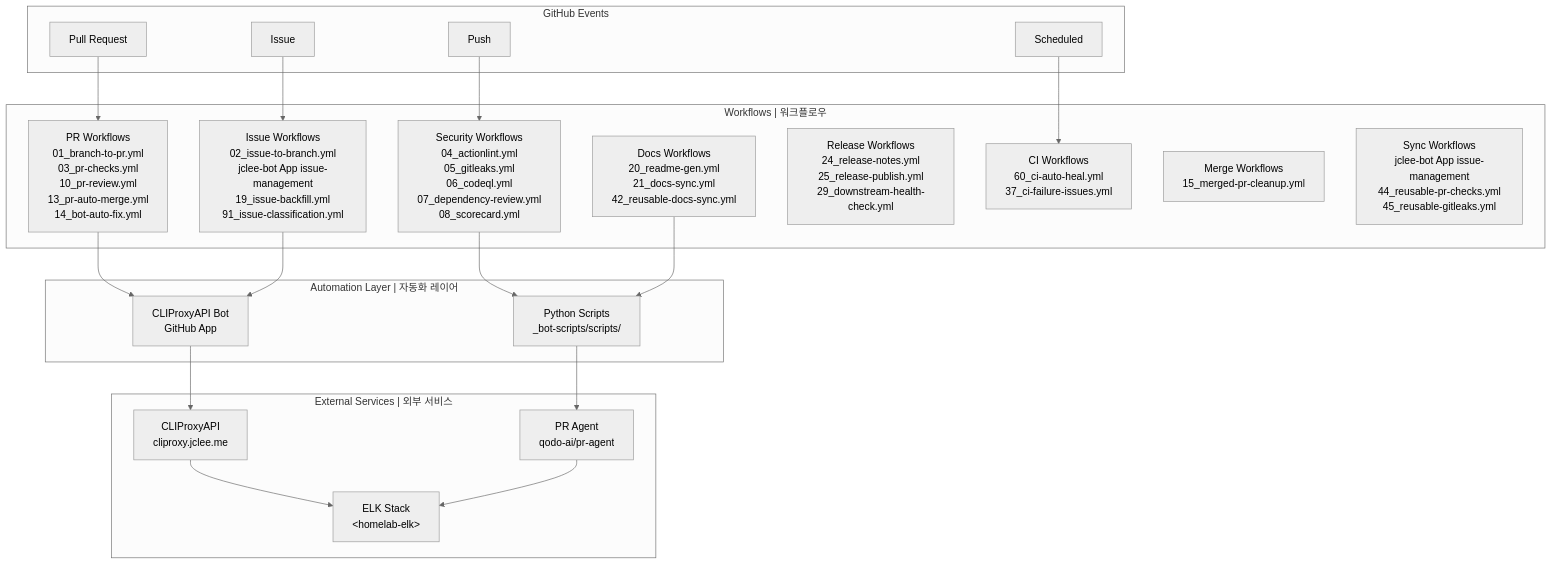
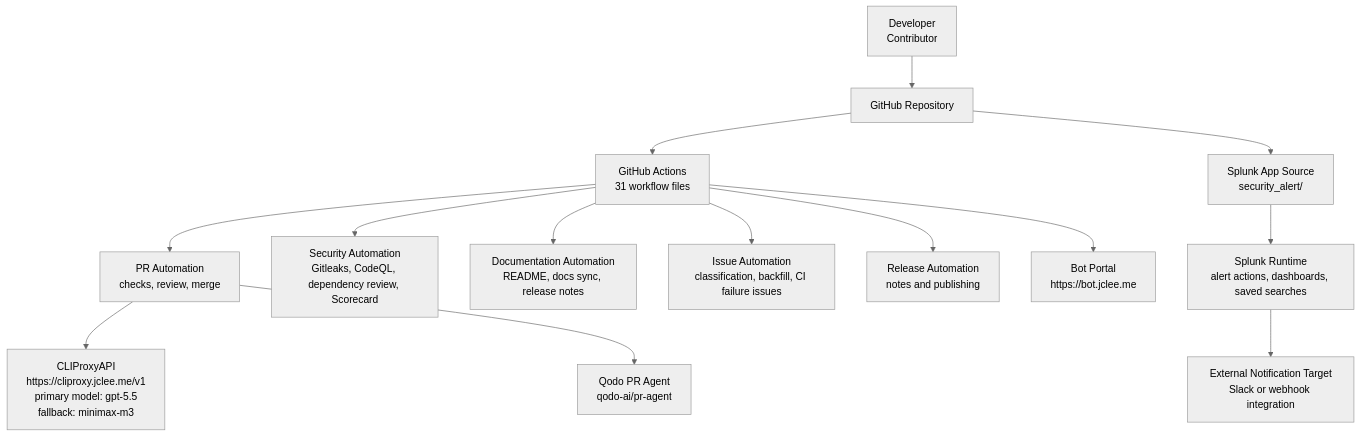
One commit to jclee941/splunk changed the diagram in README.md. Above: the diagram before and after it, drawn with Mermaid (neutral theme). The commit also changed other lines of this file, not shown here.

Commit message:
docs: auto-update README.md

````diff
--- a/README.md
+++ b/README.md
@@ -85,47 +121,20 @@
 ```mermaid
-flowchart TB
-    subgraph "GitHub Events"
-        PR["Pull Request"]
-        ISSUE["Issue"]
-        PUSH["Push"]
-        SCHEDULE["Scheduled"]
-    end
+flowchart TD
+    Dev[Developer<br/>Contributor] --> GitHub[GitHub Repository]
+    GitHub --> Actions[GitHub Actions<br/>31 workflow files]
 
-    subgraph "Workflows | 워크플로우"
-        PR_WORKFLOWS["PR Workflows<br/>01_branch-to-pr.yml<br/>03_pr-checks.yml<br/>10_pr-review.yml<br/>13_pr-auto-merge.yml<br/>14_bot-auto-fix.yml"]
-        ISSUE_WORKFLOWS["Issue Workflows<br/>02_issue-to-branch.yml<br/>jclee-bot App issue-management<br/>19_issue-backfill.yml<br/>91_issue-classification.yml"]
-        SECURITY_WORKFLOWS["Security Workflows<br/>04_actionlint.yml<br/>05_gitleaks.yml<br/>06_codeql.yml<br/>07_dependency-review.yml<br/>08_scorecard.yml"]
-        DOC_WORKFLOWS["Docs Workflows<br/>20_readme-gen.yml<br/>21_docs-sync.yml<br/>42_reusable-docs-sync.yml"]
-        RELEASE_WORKFLOWS["Release Workflows<br/>24_release-notes.yml<br/>25_release-publish.yml<br/>29_downstream-health-check.yml"]
-        CI_WORKFLOWS["CI Workflows<br/>60_ci-auto-heal.yml<br/>37_ci-failure-issues.yml"]
-        MERGE_WORKFLOWS["Merge Workflows<br/>15_merged-pr-cleanup.yml"]
-        SYNC_WORKFLOWS["Sync Workflows<br/>jclee-bot App issue-management<br/>44_reusable-pr-checks.yml<br/>45_reusable-gitleaks.yml"]
-    end
+    Actions --> PR[PR Automation<br/>checks, review, merge]
+    Actions --> Sec[Security Automation<br/>Gitleaks, CodeQL, dependency review, Scorecard]
+    Actions --> Docs[Documentation Automation<br/>README, docs sync, release notes]
+    Actions --> Issues[Issue Automation<br/>classification, backfill, CI failure issues]
+    Actions --> Release[Release Automation<br/>notes and publishing]
 
-    subgraph "Automation Layer | 자동화 레이어"
-        BOT["CLIProxyAPI Bot<br/>GitHub App"]
-        SCRIPTS["Python Scripts<br/>_bot-scripts/scripts/"]
-    end
+    PR --> CLIProxy["CLIProxyAPI<br/>https://cliproxy.jclee.me/v1<br/>primary model: gpt-5.5<br/>fallback: minimax-m3"]
+    PR --> Qodo["Qodo PR Agent<br/>qodo-ai/pr-agent"]
 
-    subgraph "External Services | 외부 서비스"
-        CLIPROXY["CLIProxyAPI<br/>cliproxy.jclee.me"]
-        PRAGENT["PR Agent<br/>qodo-ai/pr-agent"]
-        ELK["ELK Stack<br/>&lt;homelab-elk&gt;"]
-    end
+    GitHub --> SplunkApp[Splunk App Source<br/>security_alert/]
+    SplunkApp --> SplunkRuntime[Splunk Runtime<br/>alert actions, dashboards, saved searches]
+    SplunkRuntime --> ExternalWebhook[External Notification Target<br/>Slack or webhook integration]
 
-    PR --> PR_WORKFLOWS
-    ISSUE --> ISSUE_WORKFLOWS
-    PUSH --> SECURITY_WORKFLOWS
-    SCHEDULE --> CI_WORKFLOWS
-
-    PR_WORKFLOWS --> BOT
-    ISSUE_WORKFLOWS --> BOT
-    SECURITY_WORKFLOWS --> SCRIPTS
-    DOC_WORKFLOWS --> SCRIPTS
-
-    BOT --> CLIPROXY
-    SCRIPTS --> PRAGENT
-
-    CLIPROXY --> ELK
-    PRAGENT --> ELK
+    Actions --> BotPortal["Bot Portal<br/>https://bot.jclee.me"]
 ```
````
